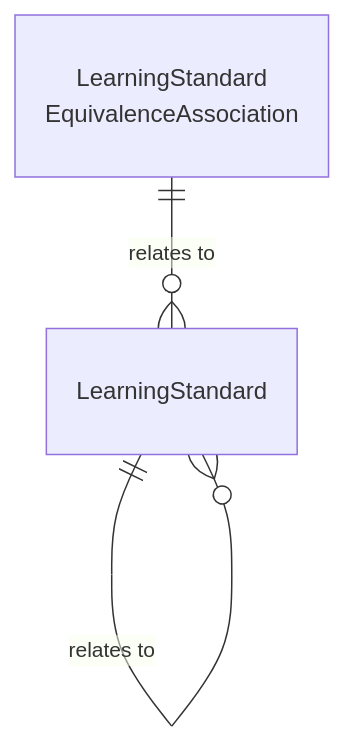
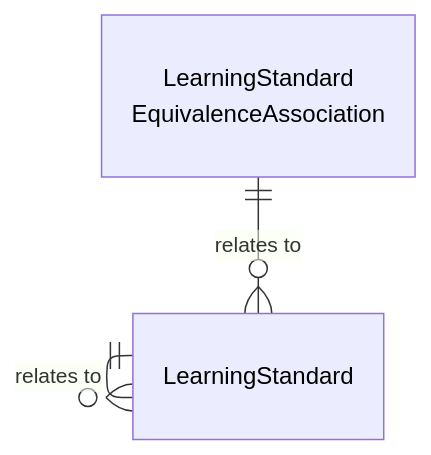
One commit to Ed-Fi-Alliance-OSS/ed-fi-alliance-oss.github.io changed the second of 4 diagrams in dataStandard_versioned_docs/version-6/model-reference/assessment-domain/model-diagrams.md. Above: the diagram before and after it, drawn with Mermaid. The commit also changed other lines of this file and 24 other files, not shown here.

````diff
--- a/dataStandard_versioned_docs/version-6/model-reference/assessment-domain/model-diagrams.md
+++ b/dataStandard_versioned_docs/version-6/model-reference/assessment-domain/model-diagrams.md
@@ -96,9 +107,15 @@
 ```mermaid
+---
+config:
+  layout: elk
+---
 erDiagram
     LearningStandard {
     }
     LearningStandardEquivalenceAssociation["LearningStandard<br/>EquivalenceAssociation"] {
     }
     LearningStandard ||--o{ LearningStandard : "relates to"
     LearningStandardEquivalenceAssociation ||--o{ LearningStandard : "relates to"
+    style LearningStandard color:#000000
+    style LearningStandardEquivalenceAssociation color:#000000
 ```
````
